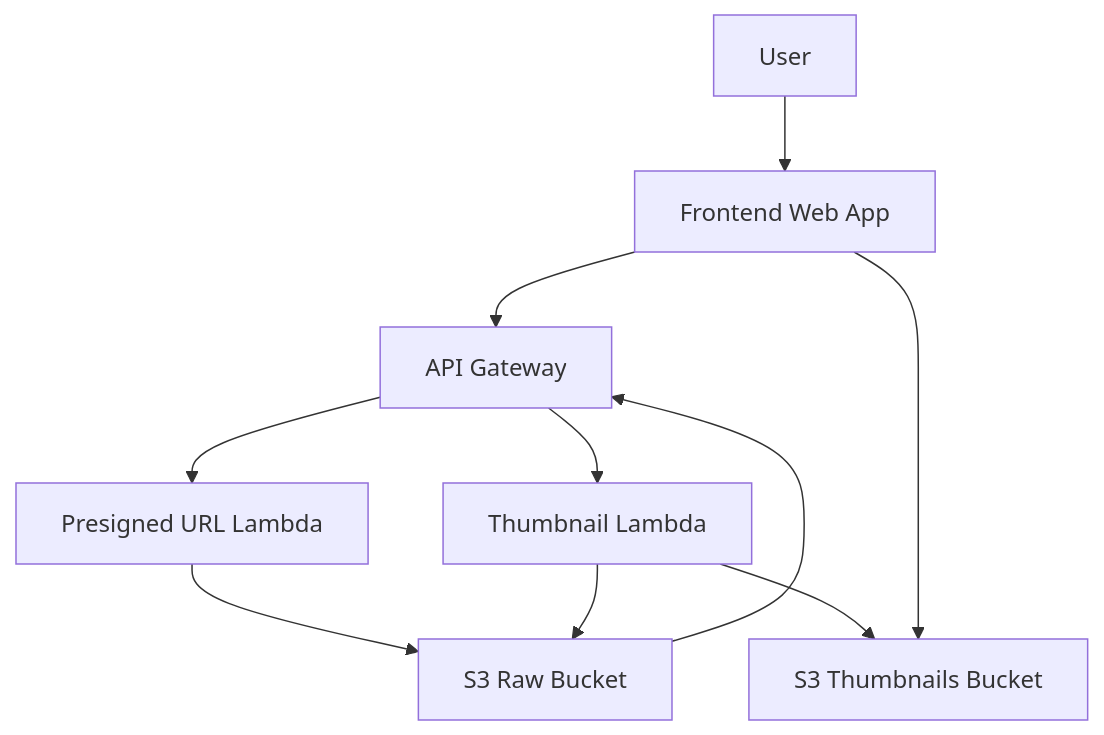
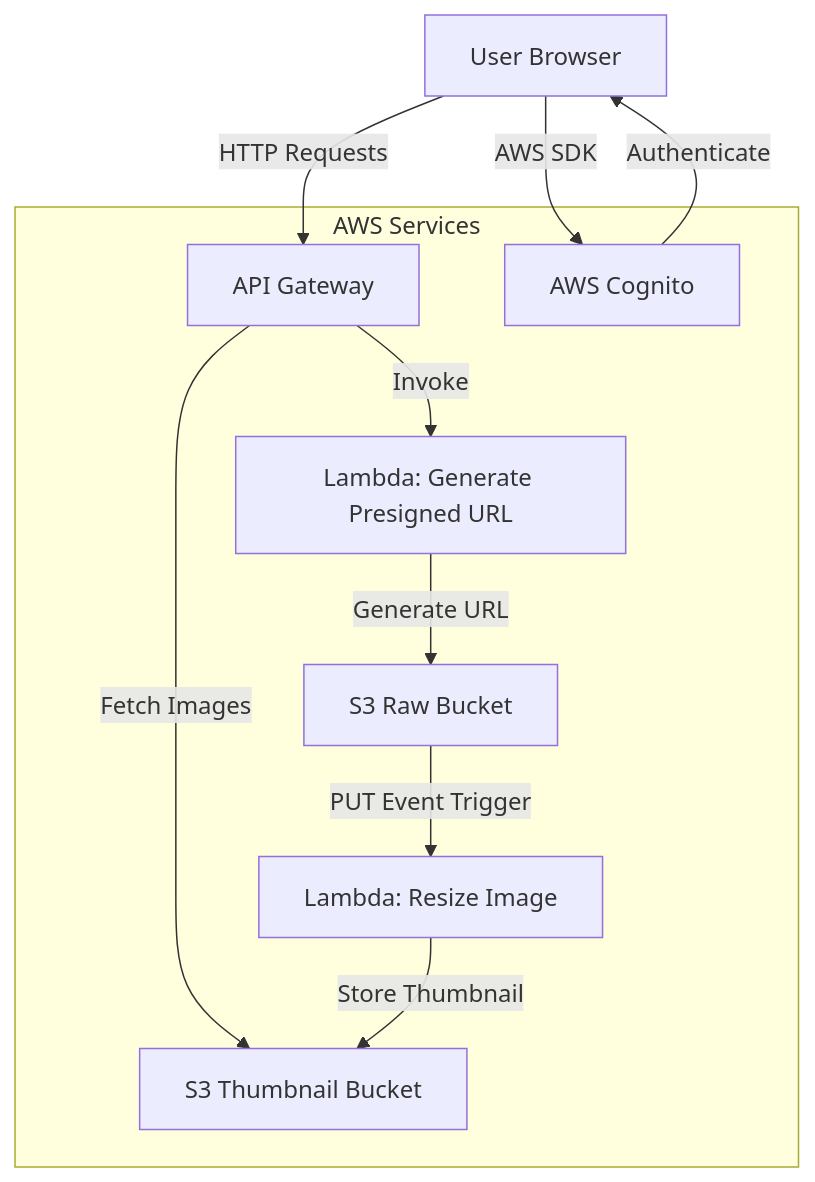
One commit to guderian120/s3_photo_sharing changed the first of 2 diagrams in Readme.md. Above: the diagram before and after it, drawn with Mermaid. The commit also changed other lines of this file and 10 other files, not shown here.

````diff
--- a/Readme.md
+++ b/Readme.md
@@ -18,12 +23,23 @@
 ```mermaid
 graph TD
-    A[User] --> B[Frontend Web App]
-    B --> C[API Gateway]
-    C --> D[Presigned URL Lambda]
-    D --> E[S3 Raw Bucket]
-    E --> C
-    C --> F[Thumbnail Lambda]
-    F --> E
-    F --> G[S3 Thumbnails Bucket]
-    B -->G
+    A[User Browser] -->|HTTP Requests| B[API Gateway]
+    A -->|AWS SDK| C[AWS Cognito]
+    
+    B -->|Invoke| D[Lambda: Generate Presigned URL]
+    B -->|Fetch Images| E[S3 Thumbnail Bucket]
+    
+    C -->|Authenticate| A
+    D -->|Generate URL| F[S3 Raw Bucket]
+    
+    F -->|PUT Event Trigger| G[Lambda: Resize Image]
+    G -->|Store Thumbnail| E
+    
+    subgraph AWS Services
+        C
+        B
+        D
+        E
+        F
+        G
+    end
 ```
````
